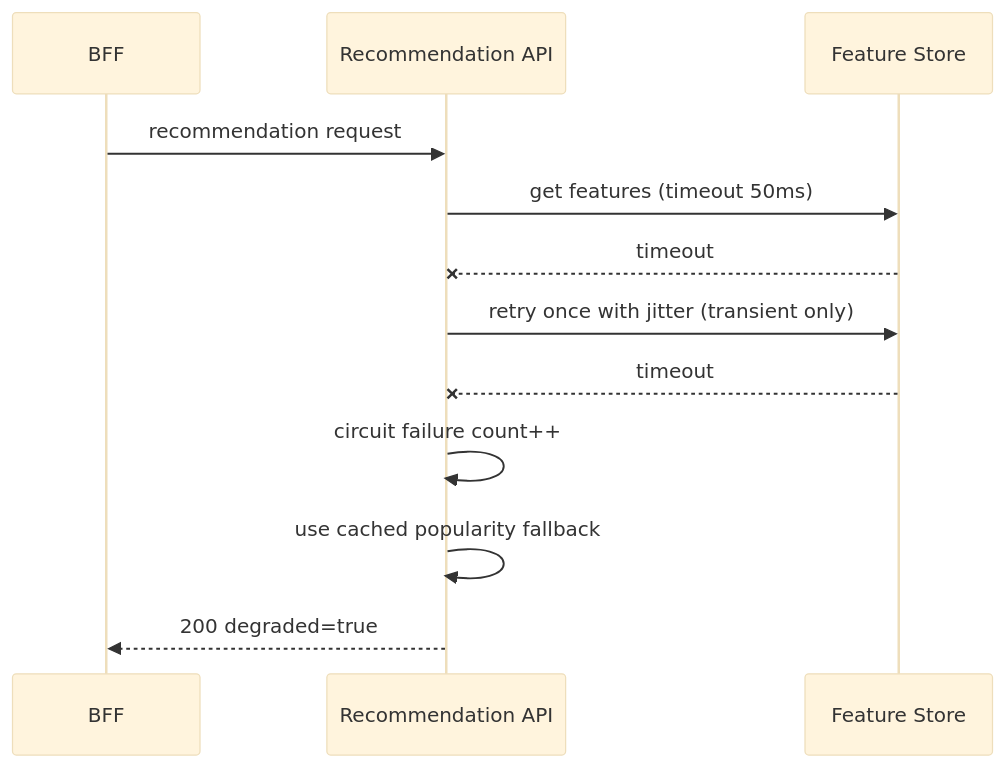
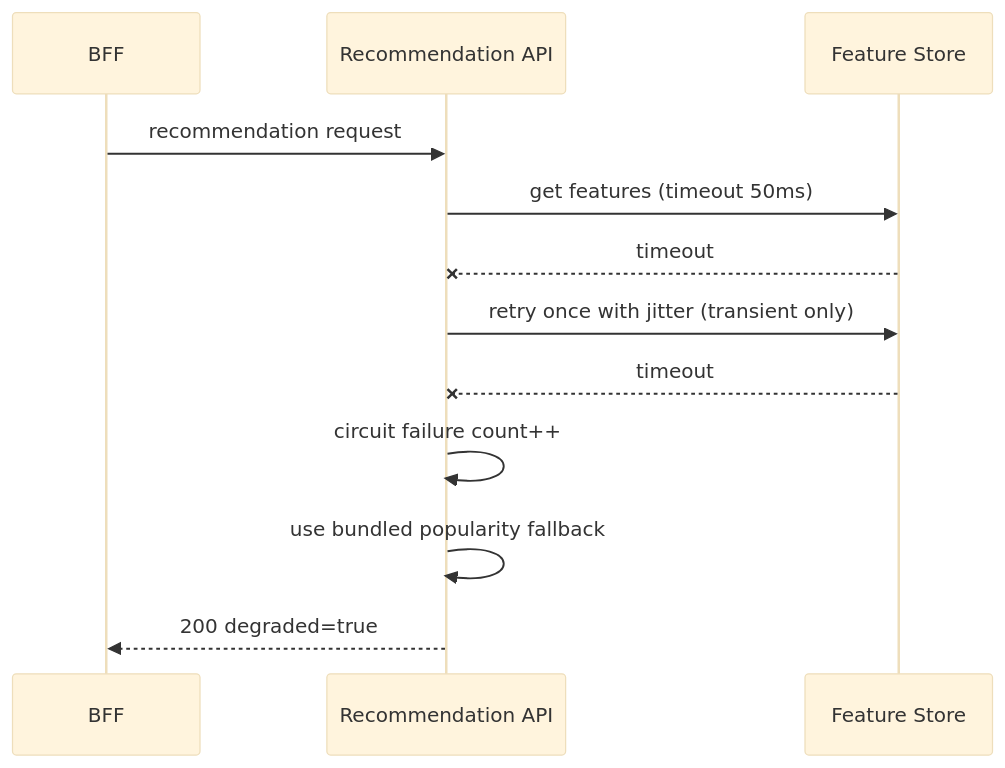
Before and after one commit to nmtrucworking/recobridge: the fourth of 4 diagrams in docs/03_ARCHITECTURE/02_Data_Flow_and_Sequence_Diagrams.md, drawn with Mermaid (base theme). The commit also changed other lines of this file and 24 other files, not shown here.

Commit message:
feat: update governance and architecture documentation, add MVP baseline and implementation backlog

````diff
--- a/docs/03_ARCHITECTURE/02_Data_Flow_and_Sequence_Diagrams.md
+++ b/docs/03_ARCHITECTURE/02_Data_Flow_and_Sequence_Diagrams.md
@@ -86,14 +82,14 @@
 ```mermaid
 sequenceDiagram
     participant B as BFF
     participant R as Recommendation API
     participant F as Feature Store
     B->>R: recommendation request
     R->>F: get features (timeout 50ms)
     F--xR: timeout
     R->>F: retry once with jitter (transient only)
     F--xR: timeout
     R->>R: circuit failure count++
-    R->>R: use cached popularity fallback
+    R->>R: use bundled popularity fallback
     R-->>B: 200 degraded=true
 ```
````
